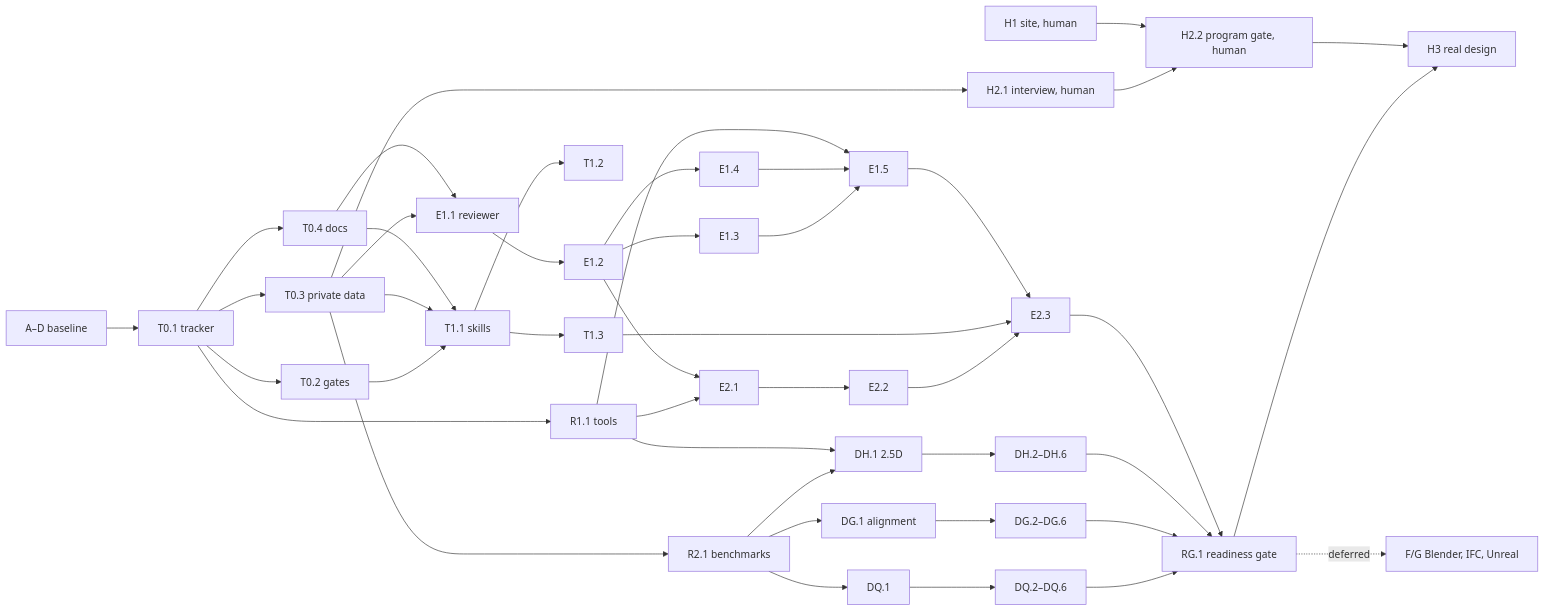
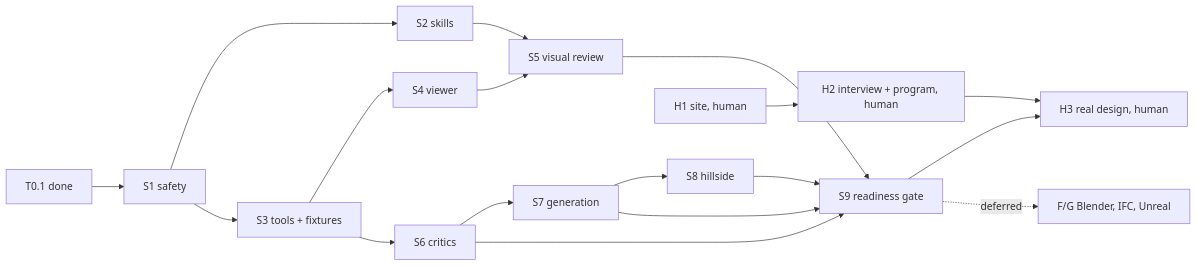
Before and after one commit to eqaderi/house-plans: the diagram in docs/PROJECT_TRACKER.md, drawn with Mermaid. The commit also changed other lines of this file, not shown here.

First line of the commit message:
docs(tracker): consolidate remaining work into nine stages

````diff
--- a/docs/PROJECT_TRACKER.md
+++ b/docs/PROJECT_TRACKER.md
@@ -191,18 +159,12 @@
 ```mermaid
 flowchart LR
-  D[A–D baseline] --> T01[T0.1 tracker]
-  T01 --> T02[T0.2 gates] & T03[T0.3 private data] & T04[T0.4 docs] & R11[R1.1 tools]
-  T02 & T03 & T04 --> T11[T1.1 skills] --> T12[T1.2] & T13[T1.3]
-  T03 & T04 --> E11[E1.1 reviewer] --> E12[E1.2] --> E13[E1.3] & E14[E1.4] --> E15[E1.5]
-  R11 --> E15 & E21
-  E12 --> E21[E2.1] --> E22[E2.2] --> E23[E2.3]
-  T13 & E15 --> E23
-  T03 --> R21[R2.1 benchmarks] --> DQ1[DQ.1] --> DQ[DQ.2–DQ.6]
-  R21 --> DG1[DG.1 alignment] --> DG[DG.2–DG.6]
-  R21 & R11 --> DH1[DH.1 2.5D] --> DH[DH.2–DH.6]
-  DQ & DG & DH & E23 --> RG1[RG.1 readiness gate]
-  RG1 --> H3[H3 real design]
-  T03 --> H21[H2.1 interview, human] --> H22[H2.2 program gate, human]
-  H1[H1 site, human] --> H22 --> H3
-  RG1 -.deferred.-> FG[F/G Blender, IFC, Unreal]
+  T01[T0.1 done] --> S1[S1 safety]
+  S1 --> S2[S2 skills] & S3[S3 tools + fixtures]
+  S3 --> S4[S4 viewer] --> S5[S5 visual review]
+  S2 --> S5
+  S3 --> S6[S6 critics] --> S7[S7 generation] --> S8[S8 hillside]
+  S5 & S6 & S7 & S8 --> S9[S9 readiness gate]
+  H1[H1 site, human] --> H2[H2 interview + program, human]
+  S9 & H2 --> H3[H3 real design, human]
+  S9 -.deferred.-> FG[F/G Blender, IFC, Unreal]
 ```
````
